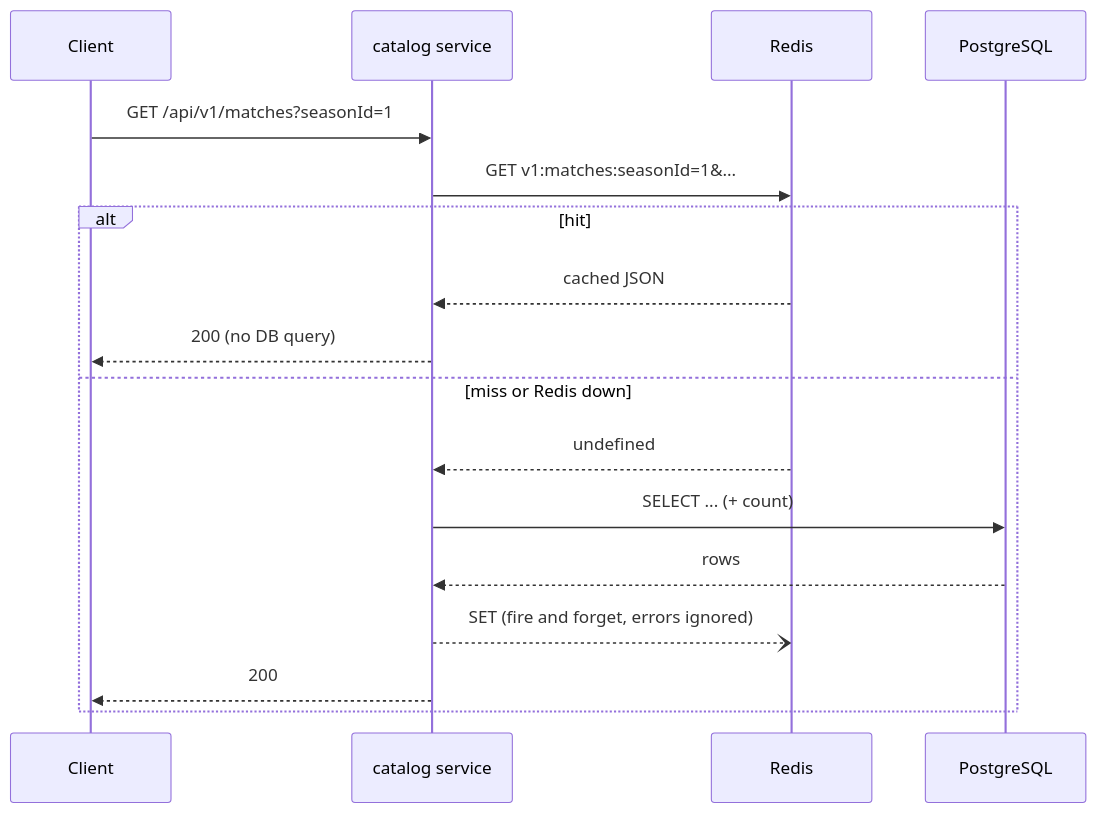
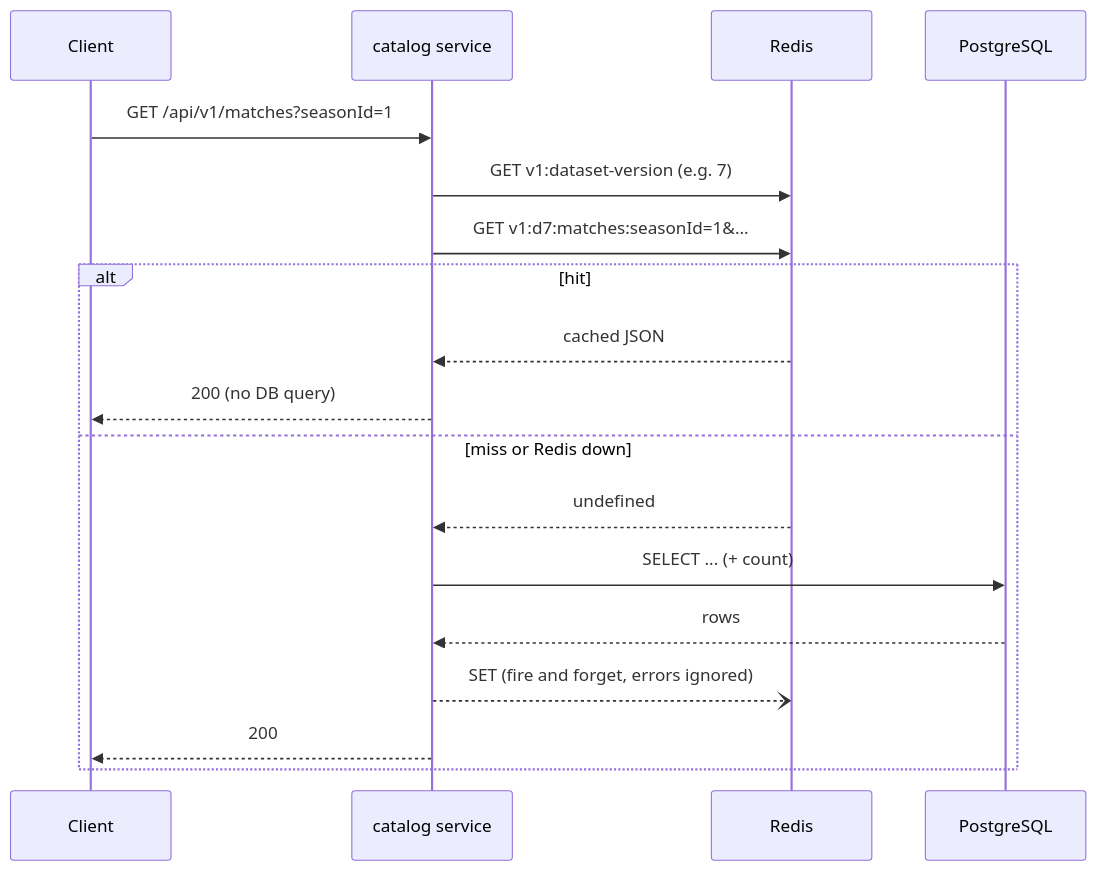
The first of 2 diagrams in docs/caching.md (sebro08/Sports-Pulse), drawn with Mermaid before and after one commit. The commit also changed other lines of this file and 38 other files, not shown here.

````diff
--- a/docs/caching.md
+++ b/docs/caching.md
@@ -9,19 +9,20 @@
 ```mermaid
 sequenceDiagram
   participant C as Client
   participant S as catalog service
   participant R as Redis
   participant DB as PostgreSQL
   C->>S: GET /api/v1/matches?seasonId=1
-  S->>R: GET v1:matches:seasonId=1&...
+  S->>R: GET v1:dataset-version (e.g. 7)
+  S->>R: GET v1:d7:matches:seasonId=1&...
   alt hit
     R-->>S: cached JSON
     S-->>C: 200 (no DB query)
   else miss or Redis down
     R-->>S: undefined
     S->>DB: SELECT ... (+ count)
     DB-->>S: rows
     S--)R: SET (fire and forget, errors ignored)
     S-->>C: 200
   end
 ```
````
